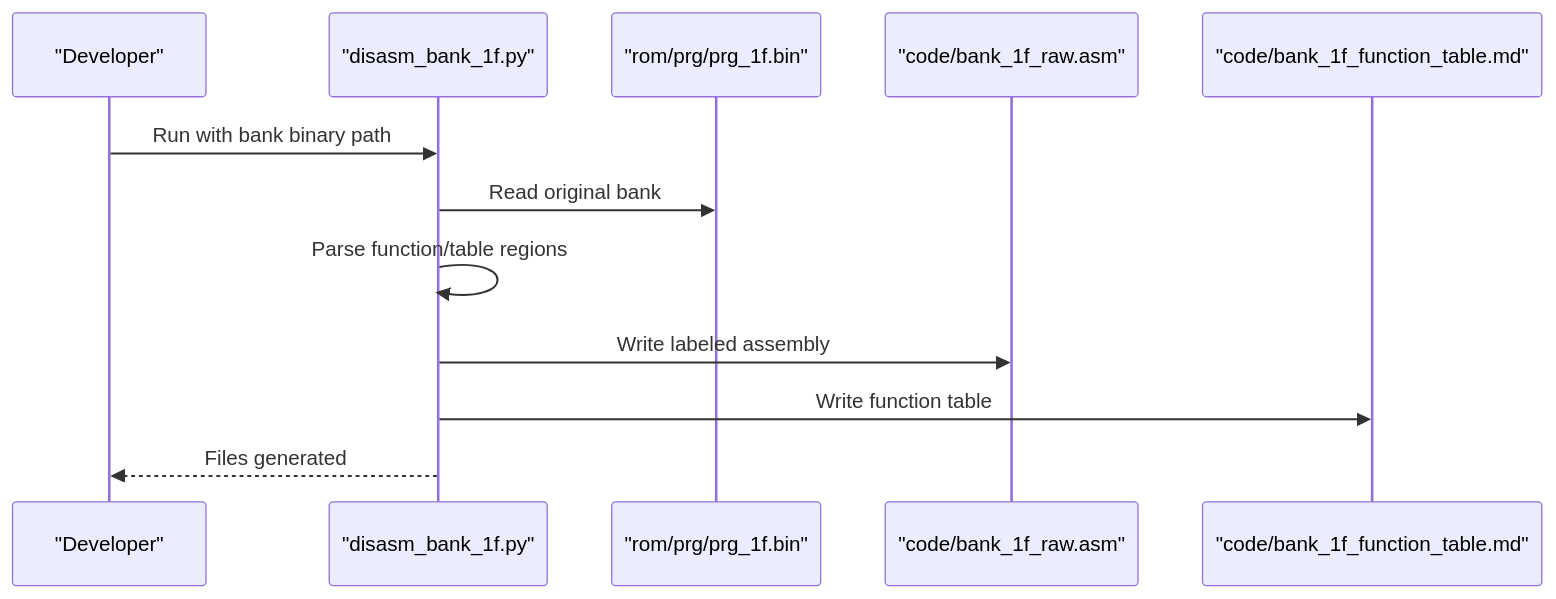
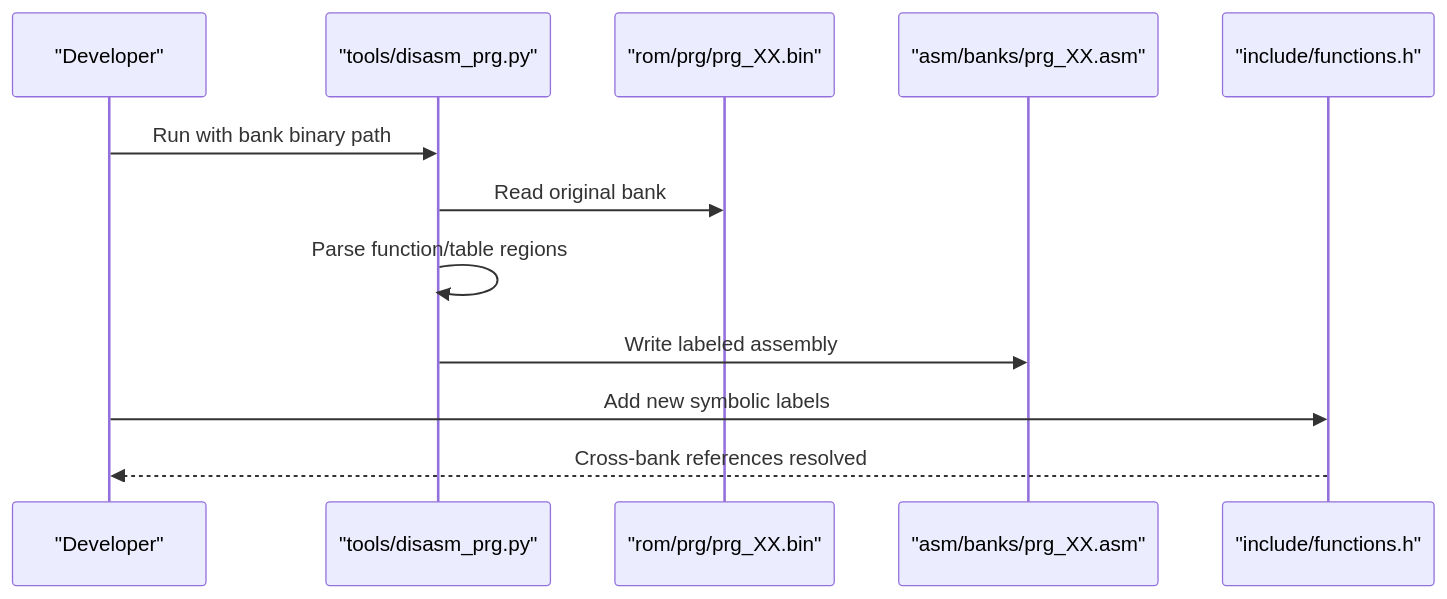
Before and after one commit to rabbyzero/sango2dasm: the fourth of 9 diagrams in .qoder/repowiki/en/content/Disassembly Workflow/Stub Replacement Methodology.md, drawn with Mermaid. The commit also changed other lines of this file and 12 other files, not shown here.

Commit message:
prg bank $0c $0d analysis done.

````diff
--- a/.qoder/repowiki/en/content/Disassembly Workflow/Stub Replacement Methodology.md
+++ b/.qoder/repowiki/en/content/Disassembly Workflow/Stub Replacement Methodology.md
@@ -177,14 +194,14 @@
 ```mermaid
 sequenceDiagram
 participant Dev as "Developer"
-participant DIS as "disasm_bank_1f.py"
-participant BIN as "rom/prg/prg_1f.bin"
-participant ASM as "code/bank_1f_raw.asm"
-participant TAB as "code/bank_1f_function_table.md"
+participant DIS as "tools/disasm_prg.py"
+participant BIN as "rom/prg/prg_XX.bin"
+participant ASM as "asm/banks/prg_XX.asm"
+participant FUNCS as "include/functions.h"
 Dev->>DIS : Run with bank binary path
 DIS->>BIN : Read original bank
 DIS->>DIS : Parse function/table regions
 DIS->>ASM : Write labeled assembly
-DIS->>TAB : Write function table
-DIS-->>Dev : Files generated
+Dev->>FUNCS : Add new symbolic labels
+FUNCS-->>Dev : Cross-bank references resolved
 ```
````
